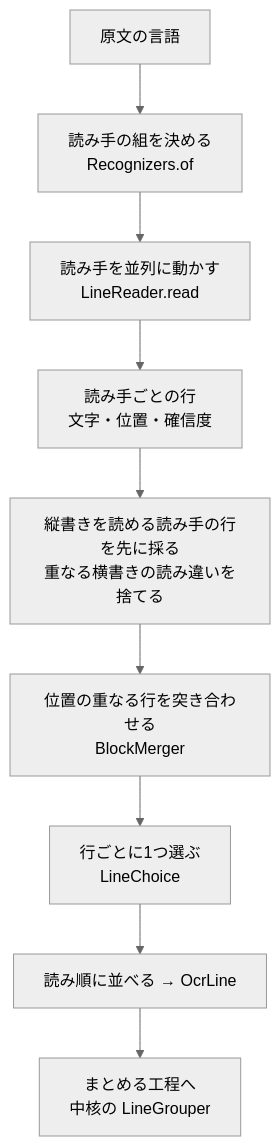
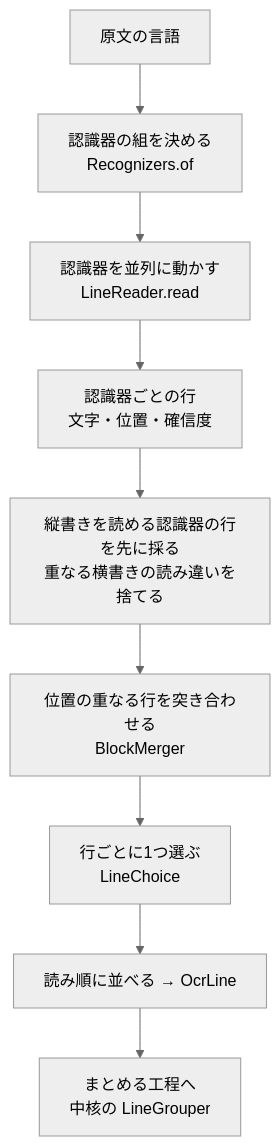
Before and after one commit to kagerouttepaso/PlamoTranslate: the third of 3 diagrams in docs/設計/画面翻訳.md, drawn with Mermaid (neutral theme). The commit also changed other lines of this file and 100 other files, not shown here.

````diff
--- a/docs/設計/画面翻訳.md
+++ b/docs/設計/画面翻訳.md
@@ -250,11 +250,11 @@
 ```mermaid
 flowchart TB
-  L["原文の言語"] --> R["読み手の組を決める<br>Recognizers.of"]
-  R --> P["読み手を並列に動かす<br>LineReader.read"]
-  P --> C["読み手ごとの行<br>文字・位置・確信度"]
-  C --> V["縦書きを読める読み手の行を先に採る<br>重なる横書きの読み違いを捨てる"]
+  L["原文の言語"] --> R["認識器の組を決める<br>Recognizers.of"]
+  R --> P["認識器を並列に動かす<br>LineReader.read"]
+  P --> C["認識器ごとの行<br>文字・位置・確信度"]
+  C --> V["縦書きを読める認識器の行を先に採る<br>重なる横書きの読み違いを捨てる"]
   V --> G["位置の重なる行を突き合わせる<br>BlockMerger"]
   G --> S["行ごとに1つ選ぶ<br>LineChoice"]
   S --> O["読み順に並べる → OcrLine"]
   O --> K["まとめる工程へ<br>中核の LineGrouper"]
 ```
````
